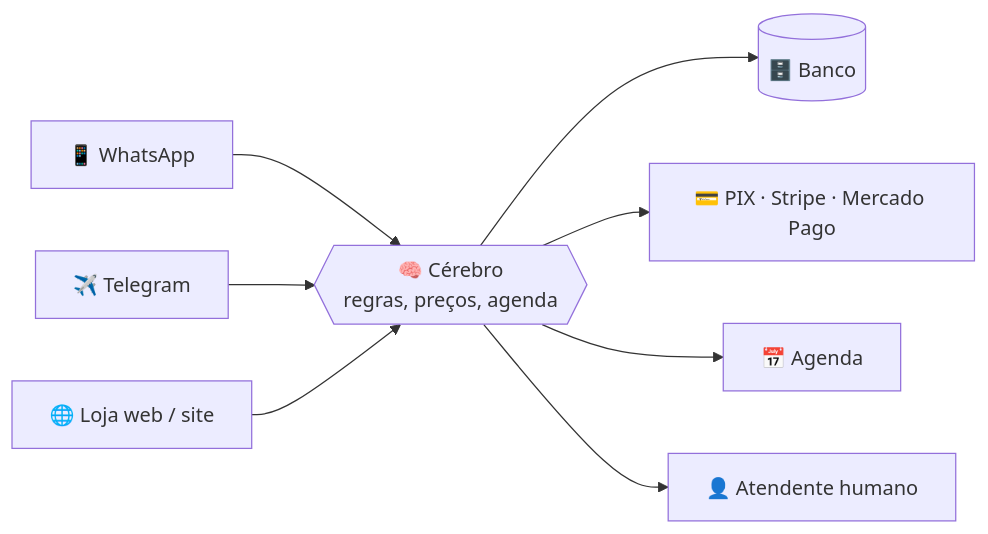
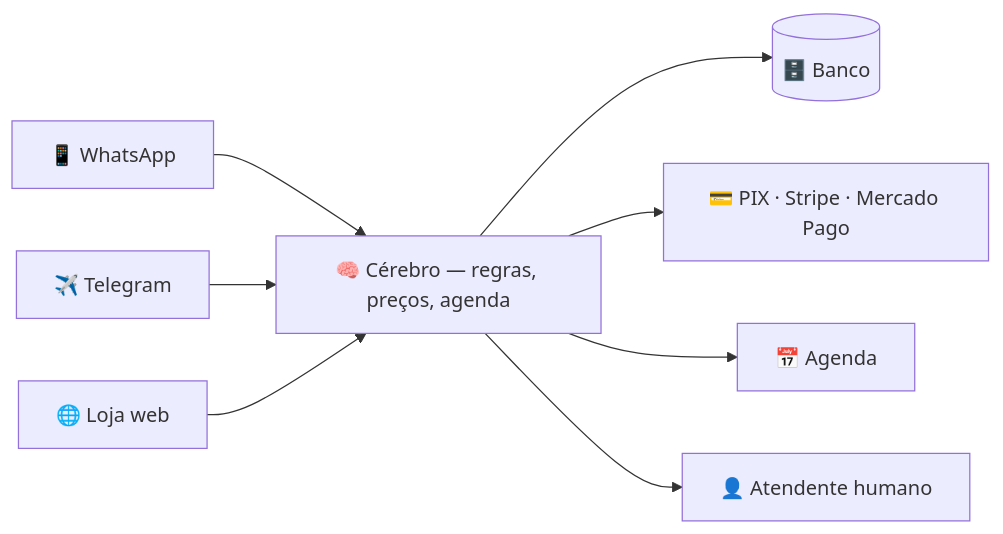
One commit to ParkNow914/ParkNow914 changed the diagram in README.md. Above: the diagram before and after it, drawn with Mermaid.

Commit message:
README: simplifica o diagrama mermaid que nao renderizava

````diff
--- a/README.md
+++ b/README.md
@@ -133,10 +133,10 @@
 ```mermaid
 flowchart LR
-    W["📱 WhatsApp"] --> C
+    W["📱 WhatsApp"] --> C["🧠 Cérebro — regras, preços, agenda"]
     T["✈️ Telegram"] --> C
-    L["🌐 Loja web / site"] --> C
-    C{{"🧠 Cérebro<br/>regras, preços, agenda"}} --> D[("🗄️ Banco")]
+    L["🌐 Loja web"] --> C
+    C --> D[("🗄️ Banco")]
     C --> P["💳 PIX · Stripe · Mercado Pago"]
     C --> A["📅 Agenda"]
     C --> H["👤 Atendente humano"]
 ```
````
